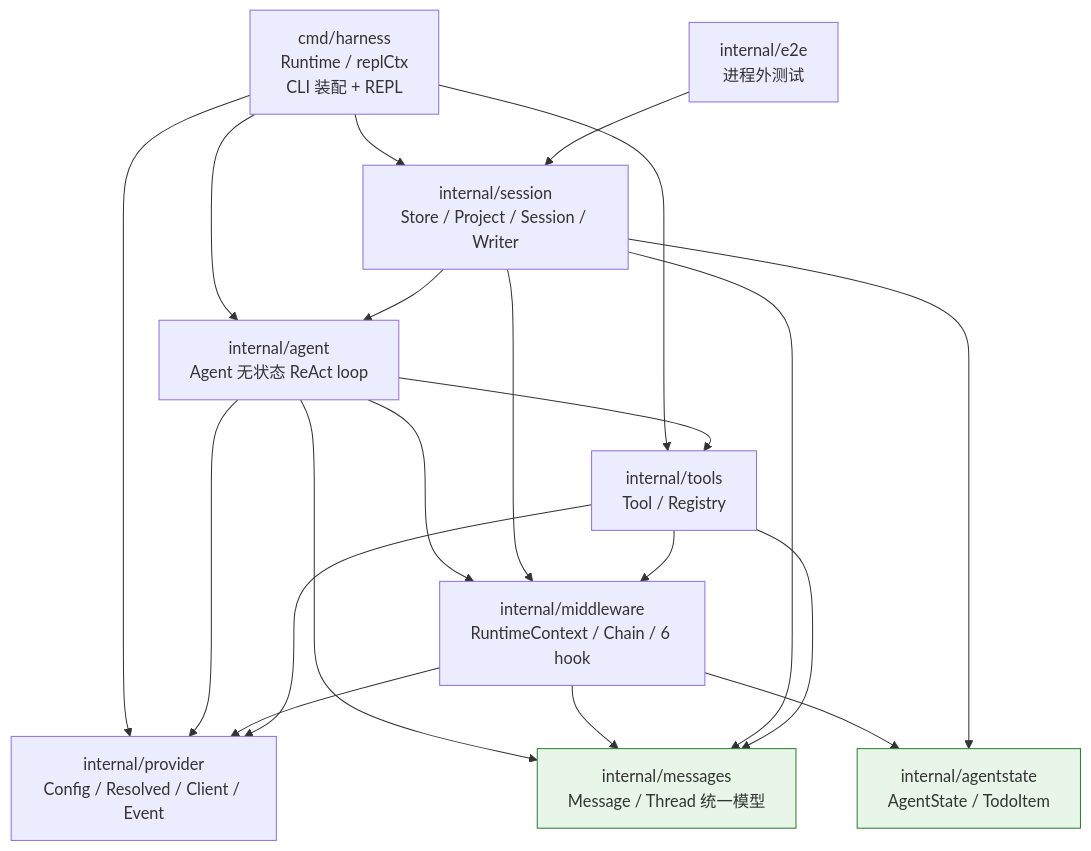
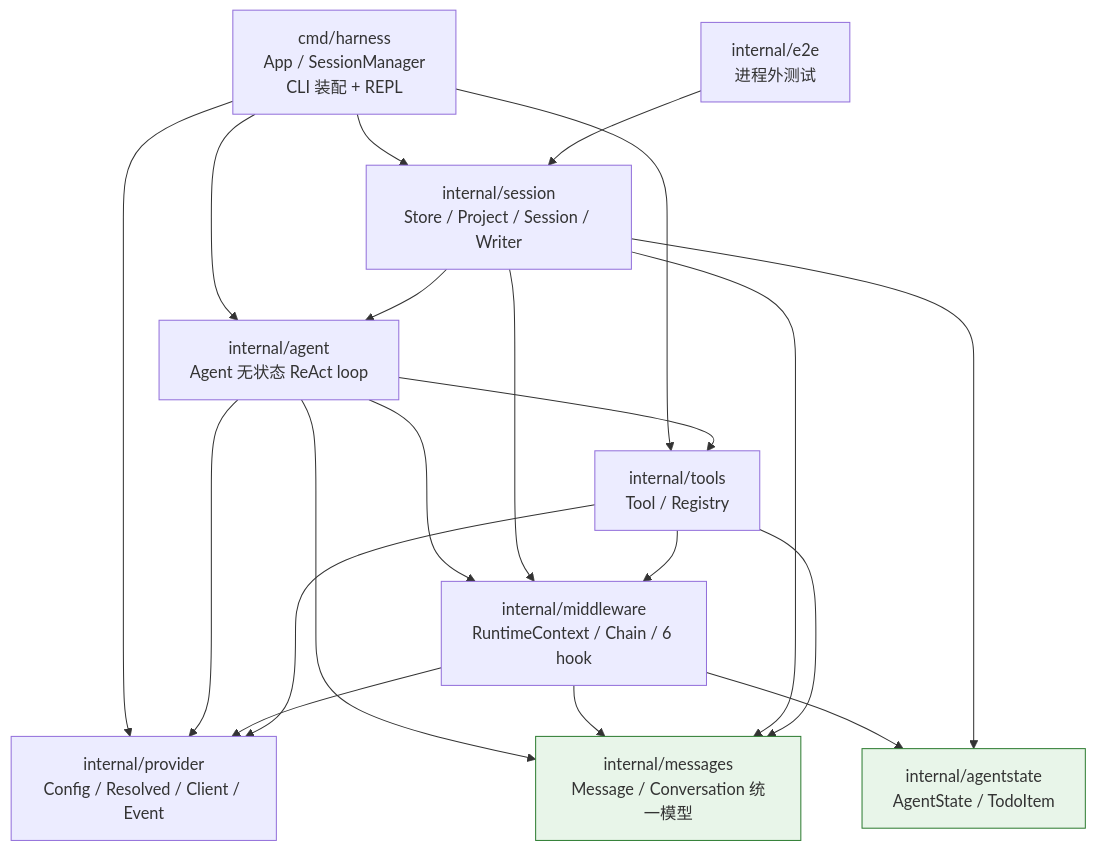
The first of 8 diagrams in DATA_STRUCTURES.md (HUANGsir-JH/simple-harness), drawn with Mermaid before and after one commit. The commit also changed other lines of this file and 19 other files, not shown here.

First line of the commit message:
refactor: 命名语义化——Thread→Conversation / Runtime→App / replCtx→SessionManager

````diff
--- a/DATA_STRUCTURES.md
+++ b/DATA_STRUCTURES.md
@@ -8,22 +8,22 @@
 ```mermaid
 flowchart TD
-    CMD[cmd/harness<br/>Runtime / replCtx<br/>CLI 装配 + REPL]
+    CMD[cmd/harness<br/>App / SessionManager<br/>CLI 装配 + REPL]
     AG[internal/agent<br/>Agent 无状态 ReAct loop]
     MW[internal/middleware<br/>RuntimeContext / Chain / 6 hook]
     PV[internal/provider<br/>Config / Resolved / Client / Event]
-    MSG[internal/messages<br/>Message / Thread 统一模型]
+    MSG[internal/messages<br/>Message / Conversation 统一模型]
     AST[internal/agentstate<br/>AgentState / TodoItem]
     SES[internal/session<br/>Store / Project / Session / Writer]
     TL[internal/tools<br/>Tool / Registry]
     E2E[internal/e2e<br/>进程外测试]
 
     CMD --> AG & SES & PV & TL
     AG --> MW & PV & TL & MSG
     MW --> MSG & AST & PV
     SES --> AG & AST & MSG & MW
     TL --> MSG & MW & PV
     E2E --> SES
 
     classDef leaf fill:#e8f5e9,stroke:#2e7d32
     class MSG,AST leaf
 ```
````
